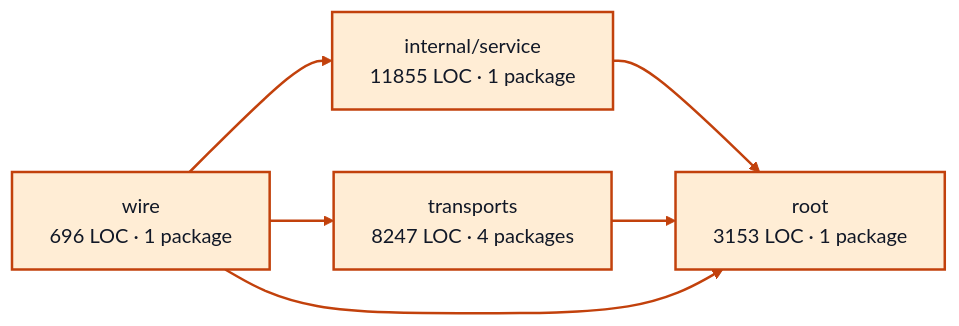
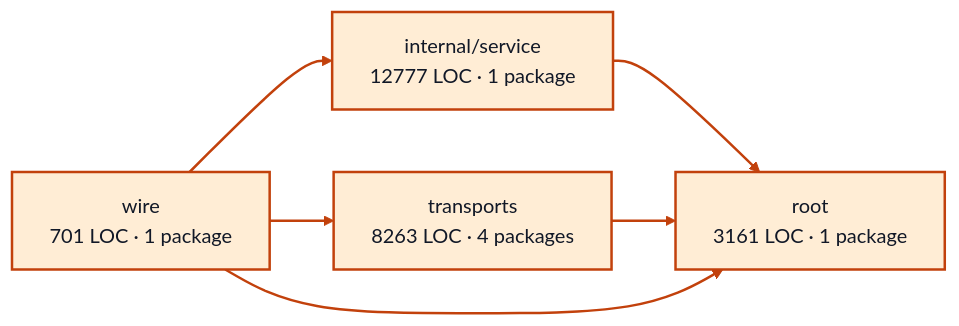
Before and after one commit to portpowered/you-agent-factory: the diagram in docs/architecture/visualizations/services/worker_sessions.md, drawn with Mermaid. The commit also changed other lines of this file and 20 other files, not shown here.

Commit message:
docs: refresh backend architecture visualizations

````diff
--- a/docs/architecture/visualizations/services/worker_sessions.md
+++ b/docs/architecture/visualizations/services/worker_sessions.md
@@ -11,17 +11,17 @@
 ```mermaid
 flowchart LR
-  p0["internal/service<br/>11855 LOC · 1 package"]
-  p1["root<br/>3153 LOC · 1 package"]
-  p2["transports<br/>8247 LOC · 4 packages"]
-  p3["wire<br/>696 LOC · 1 package"]
+  p0["internal/service<br/>12777 LOC · 1 package"]
+  p1["root<br/>3161 LOC · 1 package"]
+  p2["transports<br/>8263 LOC · 4 packages"]
+  p3["wire<br/>701 LOC · 1 package"]
   p0 --> p1
   p2 --> p1
   p3 --> p0
   p3 --> p1
   p3 --> p2
   style p0 fill:#ffedd5,stroke:#c2410c,stroke-width:2px,color:#111827
   style p1 fill:#ffedd5,stroke:#c2410c,stroke-width:2px,color:#111827
   style p2 fill:#ffedd5,stroke:#c2410c,stroke-width:2px,color:#111827
   style p3 fill:#ffedd5,stroke:#c2410c,stroke-width:2px,color:#111827
   linkStyle default stroke:#c2410c,stroke-width:2px
 ```
````
